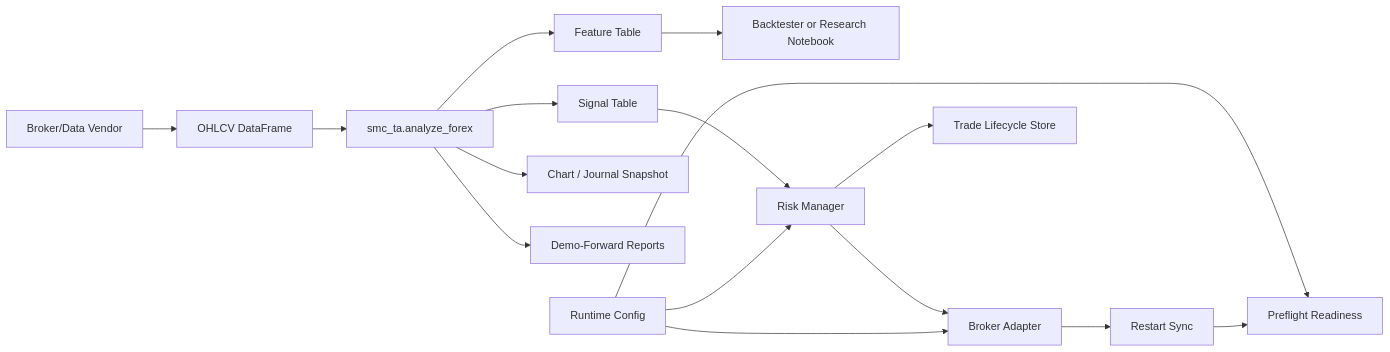
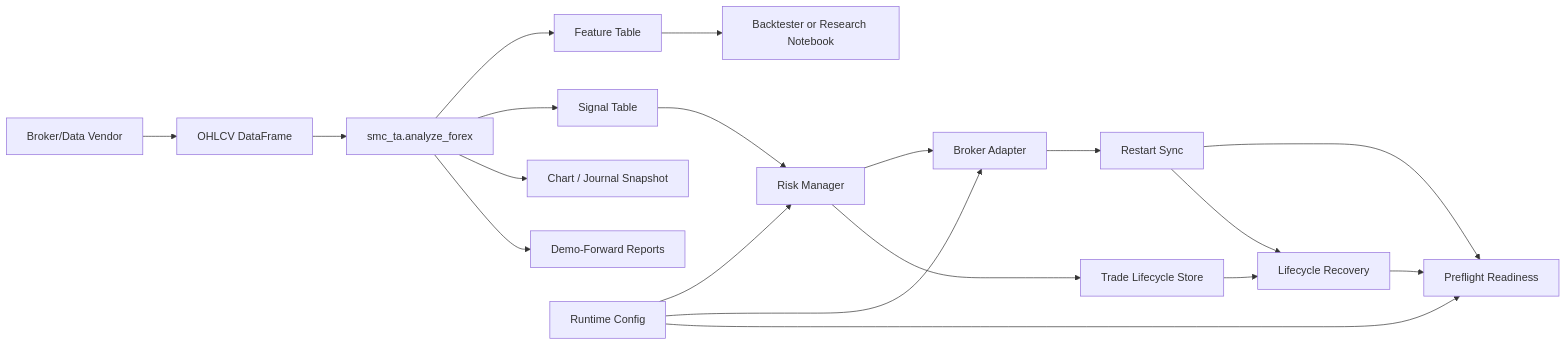
Before and after one commit to primebdsm/smcandta: the diagram in docs/BOT_INTEGRATION.md, drawn with Mermaid. The commit also changed other lines of this file and 16 other files, not shown here.

Commit message:
Add lifecycle restart recovery

````diff
--- a/docs/BOT_INTEGRATION.md
+++ b/docs/BOT_INTEGRATION.md
@@ -5,18 +5,21 @@
 ```mermaid
 flowchart LR
   A["Broker/Data Vendor"] --> B["OHLCV DataFrame"]
   B --> C["smc_ta.analyze_forex"]
   C --> D["Feature Table"]
   C --> E["Signal Table"]
   D --> F["Backtester or Research Notebook"]
   E --> G["Risk Manager"]
   G --> H["Broker Adapter"]
   G --> J["Trade Lifecycle Store"]
   C --> I["Chart / Journal Snapshot"]
   C --> N["Demo-Forward Reports"]
   K["Runtime Config"] --> G
   K --> H
   K --> L["Preflight Readiness"]
   H --> M["Restart Sync"]
   M --> L
+  J --> O["Lifecycle Recovery"]
+  M --> O
+  O --> L
 ```
````
